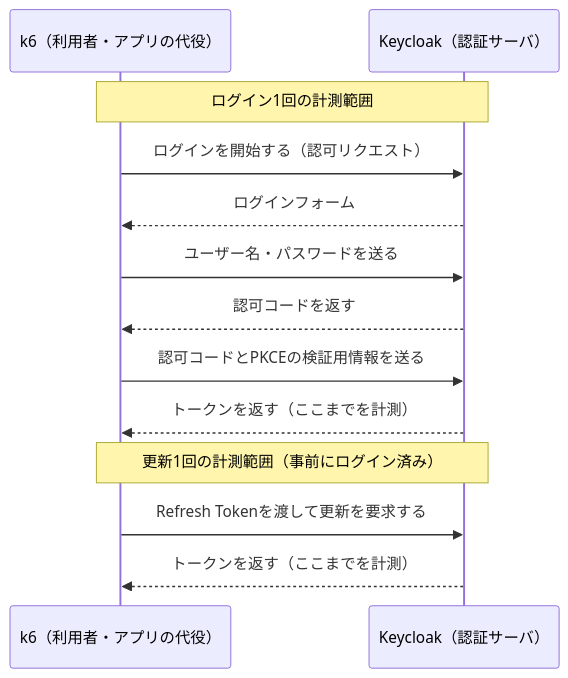
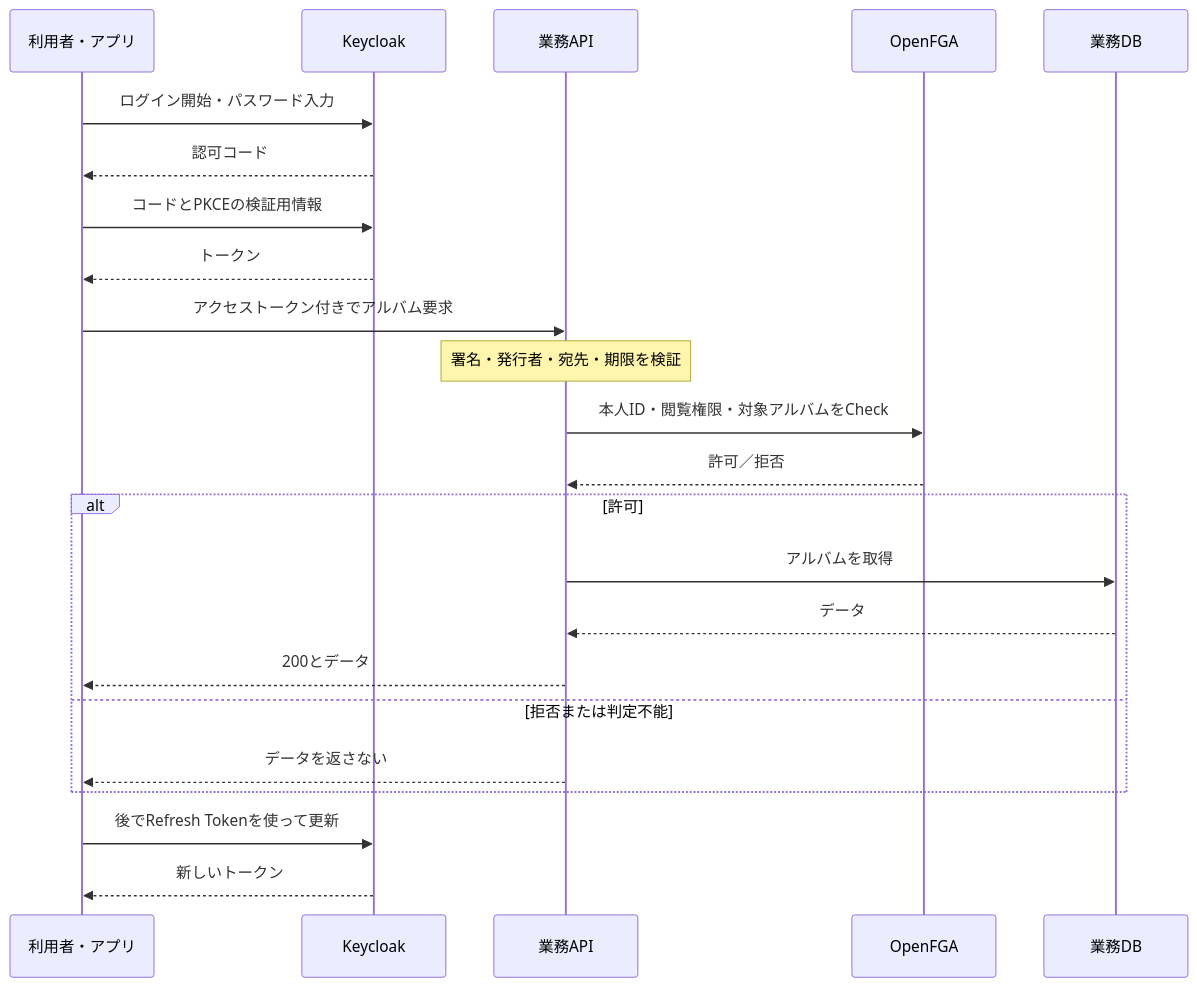
Before and after one commit to higuuu/oidc-load-lab: the second of 7 diagrams in article/qiita.md, drawn with Mermaid. The commit also changed other lines of this file and 6 other files, not shown here.

Commit message:
Reframe article around OSS authentication and authorization architecture across clouds

````diff
--- a/article/qiita.md
+++ b/article/qiita.md
@@ -57,15 +70,25 @@
 ```mermaid
 sequenceDiagram
-    participant T as k6（利用者・アプリの代役）
-    participant K as Keycloak（認証サーバ）
-    Note over T,K: ログイン1回の計測範囲
-    T->>K: ログインを開始する（認可リクエスト）
-    K-->>T: ログインフォーム
-    T->>K: ユーザー名・パスワードを送る
-    K-->>T: 認可コードを返す
-    T->>K: 認可コードとPKCEの検証用情報を送る
-    K-->>T: トークンを返す（ここまでを計測）
-    Note over T,K: 更新1回の計測範囲（事前にログイン済み）
-    T->>K: Refresh Tokenを渡して更新を要求する
-    K-->>T: トークンを返す（ここまでを計測）
+    participant U as 利用者・アプリ
+    participant K as Keycloak
+    participant A as 業務API
+    participant F as OpenFGA
+    participant D as 業務DB
+    U->>K: ログイン開始・パスワード入力
+    K-->>U: 認可コード
+    U->>K: コードとPKCEの検証用情報
+    K-->>U: トークン
+    U->>A: アクセストークン付きでアルバム要求
+    Note over A: 署名・発行者・宛先・期限を検証
+    A->>F: 本人ID・閲覧権限・対象アルバムをCheck
+    F-->>A: 許可／拒否
+    alt 許可
+        A->>D: アルバムを取得
+        D-->>A: データ
+        A-->>U: 200とデータ
+    else 拒否または判定不能
+        A-->>U: データを返さない
+    end
+    U->>K: 後でRefresh Tokenを使って更新
+    K-->>U: 新しいトークン
 ```
````
